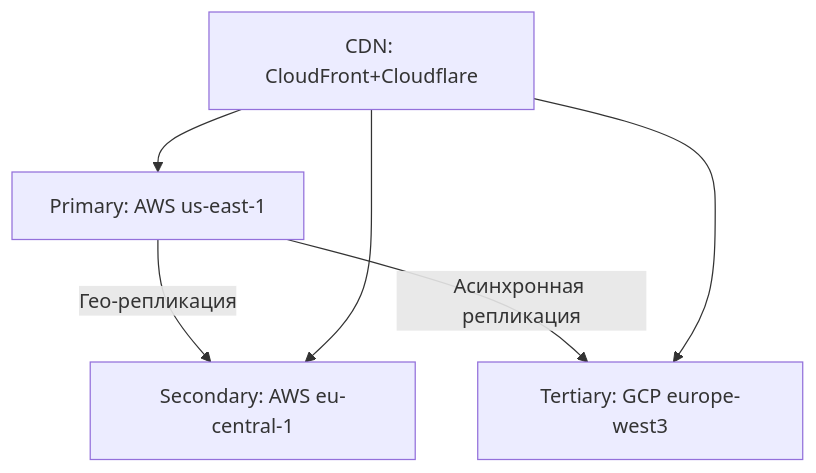
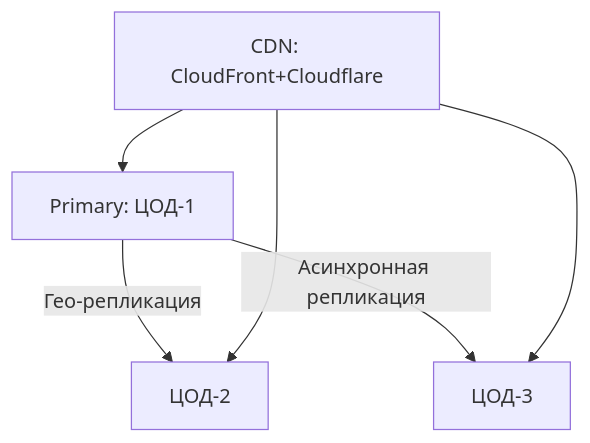
The second of 2 diagrams in architecture/architectural-options.md (andreyantropov/architect-coursework), drawn with Mermaid before and after one commit. The commit also changed other lines of this file and 5 other files, not shown here.

````diff
--- a/architecture/architectural-options.md
+++ b/architecture/architectural-options.md
@@ -111,8 +111,8 @@
 ```mermaid
 graph TD
-    A[Primary: AWS us-east-1] -->|Гео-репликация| B[Secondary: AWS eu-central-1]
-    A -->|Асинхронная репликация| C[Tertiary: GCP europe-west3]
+    A[Primary: ЦОД-1] -->|Гео-репликация| B[ЦОД-2]
+    A -->|Асинхронная репликация| C[ЦОД-3]
     D[CDN: CloudFront+Cloudflare] --> A
     D --> B
     D --> C
 ```
````
